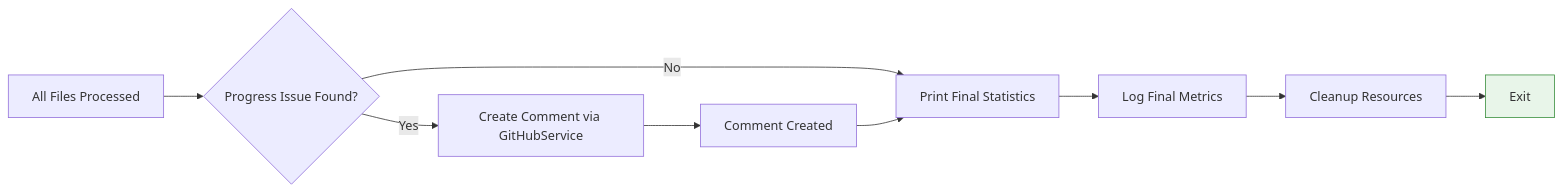
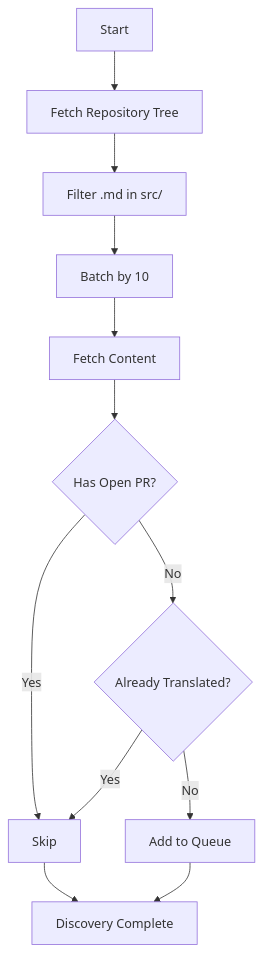
The sixth of 8 diagrams in docs/WORKFLOW.md (NivaldoFarias/translate-react), drawn with Mermaid before and after one commit. The commit also changed other lines of this file and 3 other files, not shown here.

````diff
--- a/docs/WORKFLOW.md
+++ b/docs/WORKFLOW.md
@@ -321,15 +139,14 @@
 ```mermaid
-flowchart LR
-    A[All Files Processed] --> B{Progress Issue Found?}
-    B -->|Yes| C[Create Comment via GitHubService]
-    B -->|No| D[Print Final Statistics]
-
-    C --> E[Comment Created]
-    E --> D
-
-    D --> F[Log Final Metrics]
-    F --> G[Cleanup Resources]
-    G --> H[Exit]
-
-    style H fill:#e8f5e9,stroke:#388e3c
+flowchart TD
+    A[Start] --> B[Fetch Repository Tree]
+    B --> C[Filter .md in src/]
+    C --> D[Batch by 10]
+    D --> E[Fetch Content]
+    E --> F{Has Open PR?}
+    F -->|Yes| G[Skip]
+    F -->|No| H{Already Translated?}
+    H -->|Yes| G
+    H -->|No| I[Add to Queue]
+    G --> J[Discovery Complete]
+    I --> J
 ```
````
